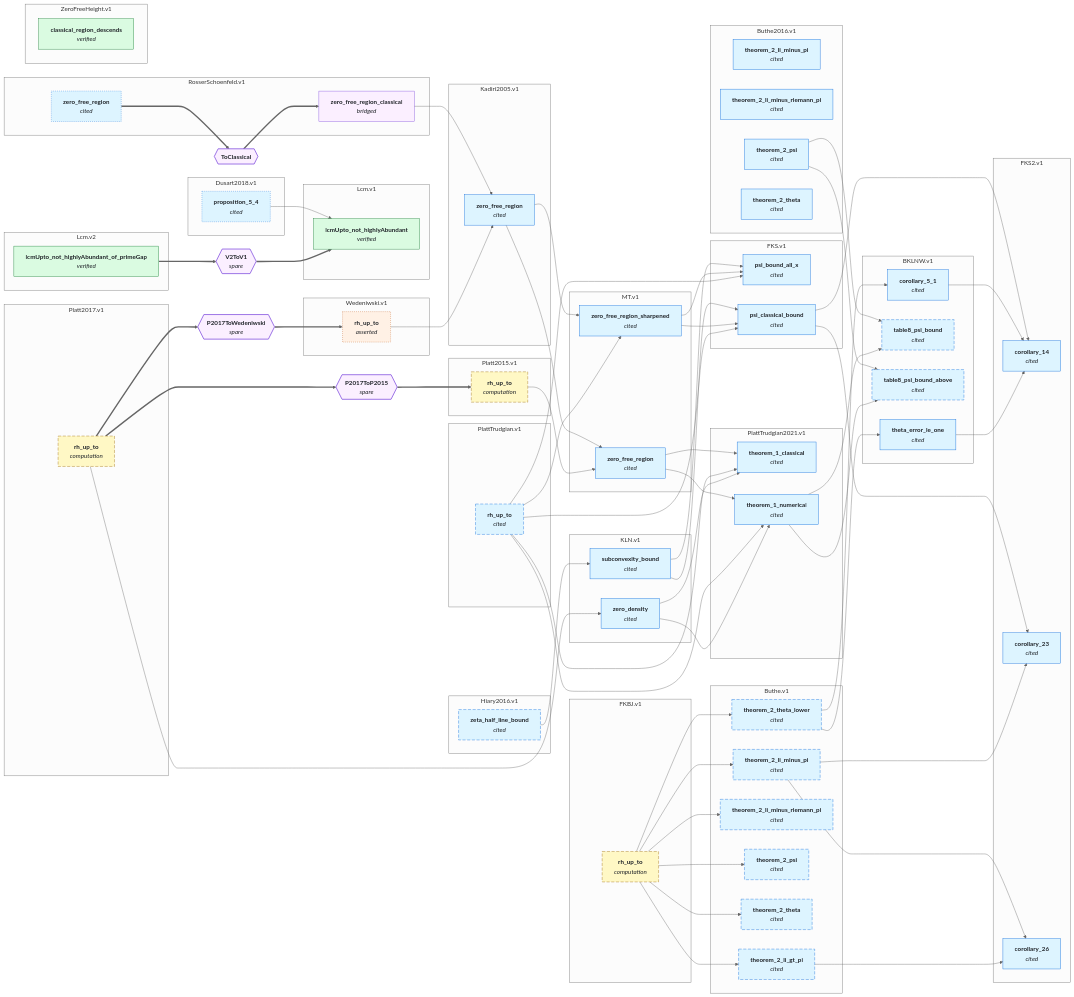
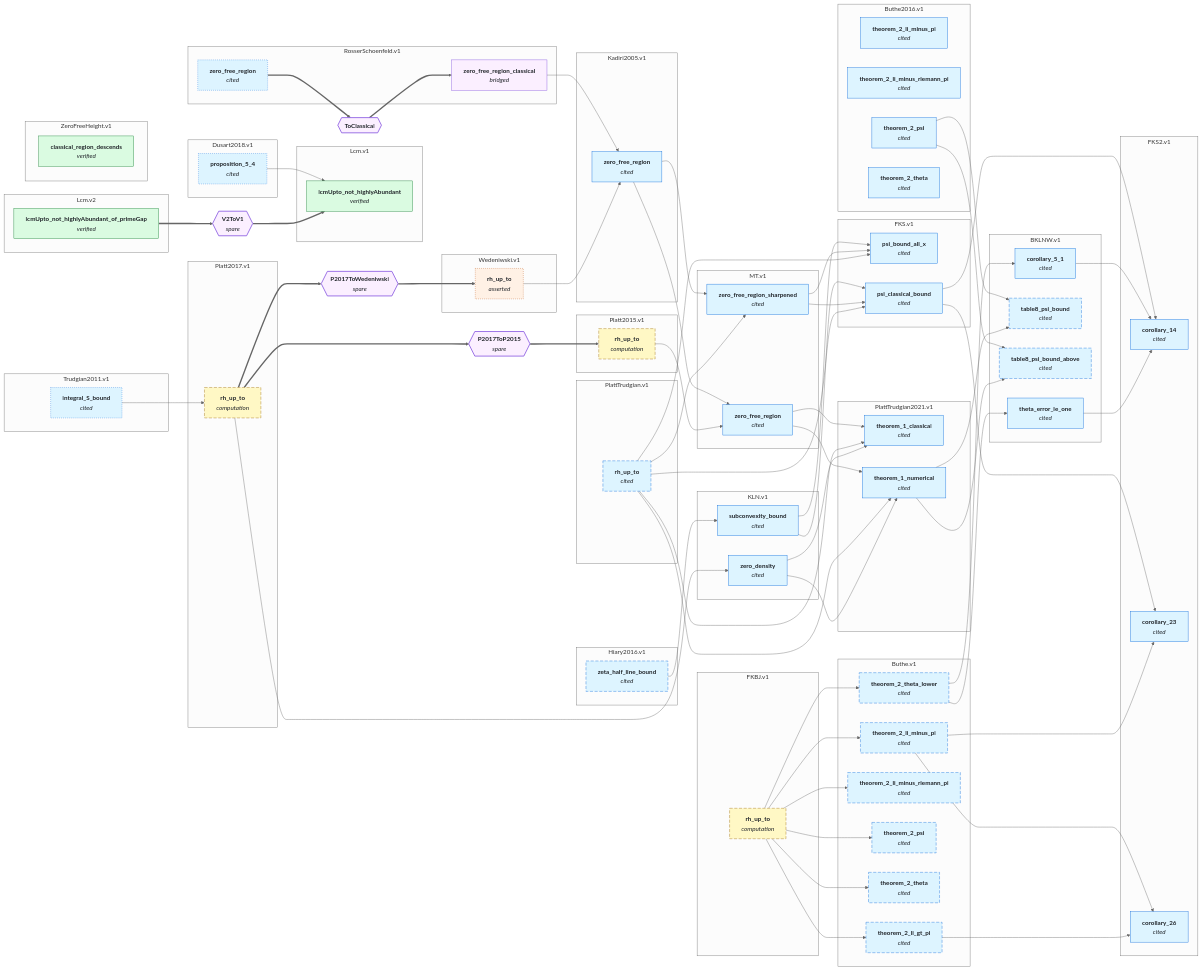
Before and after one commit to teorth/IEANTN: the second of 2 diagrams in GRAPH.md, drawn with Mermaid (neutral theme). The commit also changed other lines of this file and 20 other files, not shown here.

````diff
--- a/GRAPH.md
+++ b/GRAPH.md
@@ -210,6 +215,9 @@
     RosserSchoenfeld_v1_zero_free_region["<b>zero_free_region</b><br/><i>cited</i>"]
     RosserSchoenfeld_v1_zero_free_region_classical["<b>zero_free_region_classical</b><br/><i>bridged</i>"]
   end
+  subgraph sgTrudgian2011_v1["Trudgian2011.v1"]
+    Trudgian2011_v1_integral_S_bound["<b>integral_S_bound</b><br/><i>cited</i>"]
+  end
   subgraph sgWedeniwski_v1["Wedeniwski.v1"]
     Wedeniwski_v1_rh_up_to["<b>rh_up_to</b><br/><i>asserted</i>"]
   end
@@ -250,6 +258,7 @@
   Platt2015_v1_rh_up_to --> MT_v1_zero_free_region
   Kadiri2005_v1_zero_free_region --> MT_v1_zero_free_region_sharpened
   PlattTrudgian_v1_rh_up_to --> MT_v1_zero_free_region_sharpened
+  Trudgian2011_v1_integral_S_bound --> Platt2017_v1_rh_up_to
   MT_v1_zero_free_region --> PlattTrudgian2021_v1_theorem_1_classical
   PlattTrudgian_v1_rh_up_to --> PlattTrudgian2021_v1_theorem_1_classical
   KLN_v1_zero_density --> PlattTrudgian2021_v1_theorem_1_classical
@@ -283,6 +292,7 @@
   style Platt2017_v1_rh_up_to stroke-dasharray: 8 4;
   style PlattTrudgian_v1_rh_up_to stroke-dasharray: 8 4;
   style RosserSchoenfeld_v1_zero_free_region stroke-dasharray: 2 3;
+  style Trudgian2011_v1_integral_S_bound stroke-dasharray: 2 3;
   style Wedeniwski_v1_rh_up_to stroke-dasharray: 2 3;
   classDef lean_comparator fill:#dafbe1,stroke:#1a7f37,color:#1f2328;
   classDef numerical fill:#fff8c5,stroke:#9a6700,color:#1f2328;
@@ -295,7 +305,7 @@
   class Wedeniwski_v1_rh_up_to asserted;
   class RosserSchoenfeld_v1_zero_free_region_classical bridged;
   class Lcm_v1_lcmUpto_not_highlyAbundant,Lcm_v2_lcmUpto_not_highlyAbundant_of_primeGap,ZeroFreeHeight_v1_classical_region_descends lean_comparator;
-  class BKLNW_v1_corollary_5_1,BKLNW_v1_table8_psi_bound,BKLNW_v1_table8_psi_bound_above,BKLNW_v1_theta_error_le_one,Buthe_v1_theorem_2_li_gt_pi,Buthe_v1_theorem_2_li_minus_pi,Buthe_v1_theorem_2_li_minus_riemann_pi,Buthe_v1_theorem_2_psi,Buthe_v1_theorem_2_theta,Buthe_v1_theorem_2_theta_lower,Buthe2016_v1_theorem_2_li_minus_pi,Buthe2016_v1_theorem_2_li_minus_riemann_pi,Buthe2016_v1_theorem_2_psi,Buthe2016_v1_theorem_2_theta,Dusart2018_v1_proposition_5_4,FKS_v1_psi_bound_all_x,FKS_v1_psi_classical_bound,FKS2_v1_corollary_14,FKS2_v1_corollary_23,FKS2_v1_corollary_26,Hiary2016_v1_zeta_half_line_bound,KLN_v1_subconvexity_bound,KLN_v1_zero_density,Kadiri2005_v1_zero_free_region,MT_v1_zero_free_region,MT_v1_zero_free_region_sharpened,PlattTrudgian_v1_rh_up_to,PlattTrudgian2021_v1_theorem_1_classical,PlattTrudgian2021_v1_theorem_1_numerical,RosserSchoenfeld_v1_zero_free_region literature;
+  class BKLNW_v1_corollary_5_1,BKLNW_v1_table8_psi_bound,BKLNW_v1_table8_psi_bound_above,BKLNW_v1_theta_error_le_one,Buthe_v1_theorem_2_li_gt_pi,Buthe_v1_theorem_2_li_minus_pi,Buthe_v1_theorem_2_li_minus_riemann_pi,Buthe_v1_theorem_2_psi,Buthe_v1_theorem_2_theta,Buthe_v1_theorem_2_theta_lower,Buthe2016_v1_theorem_2_li_minus_pi,Buthe2016_v1_theorem_2_li_minus_riemann_pi,Buthe2016_v1_theorem_2_psi,Buthe2016_v1_theorem_2_theta,Dusart2018_v1_proposition_5_4,FKS_v1_psi_bound_all_x,FKS_v1_psi_classical_bound,FKS2_v1_corollary_14,FKS2_v1_corollary_23,FKS2_v1_corollary_26,Hiary2016_v1_zeta_half_line_bound,KLN_v1_subconvexity_bound,KLN_v1_zero_density,Kadiri2005_v1_zero_free_region,MT_v1_zero_free_region,MT_v1_zero_free_region_sharpened,PlattTrudgian_v1_rh_up_to,PlattTrudgian2021_v1_theorem_1_classical,PlattTrudgian2021_v1_theorem_1_numerical,RosserSchoenfeld_v1_zero_free_region,Trudgian2011_v1_integral_S_bound literature;
   class FKBJ_v1_rh_up_to,Platt2015_v1_rh_up_to,Platt2017_v1_rh_up_to numerical;
   click BKLNW_v1_corollary_5_1 href "https://github.com/teorth/IEANTN/blob/main/docs/nodes/BKLNW-v1.md#corollary_5_1" _blank
   click BKLNW_v1_table8_psi_bound href "https://github.com/teorth/IEANTN/blob/main/docs/nodes/BKLNW-v1.md#table8_psi_bound" _blank
@@ -333,6 +343,7 @@
   click PlattTrudgian2021_v1_theorem_1_numerical href "https://github.com/teorth/IEANTN/blob/main/docs/nodes/PlattTrudgian2021-v1.md#theorem_1_numerical" _blank
   click RosserSchoenfeld_v1_zero_free_region href "https://github.com/teorth/IEANTN/blob/main/docs/nodes/RosserSchoenfeld-v1.md#zero_free_region" _blank
   click RosserSchoenfeld_v1_zero_free_region_classical href "https://github.com/teorth/IEANTN/blob/main/docs/nodes/RosserSchoenfeld-v1.md#zero_free_region_classical" _blank
+  click Trudgian2011_v1_integral_S_bound href "https://github.com/teorth/IEANTN/blob/main/docs/nodes/Trudgian2011-v1.md#integral_S_bound" _blank
   click Wedeniwski_v1_rh_up_to href "https://github.com/teorth/IEANTN/blob/main/docs/nodes/Wedeniwski-v1.md#rh_up_to" _blank
   click ZeroFreeHeight_v1_classical_region_descends href "https://github.com/teorth/IEANTN/blob/main/docs/nodes/ZeroFreeHeight-v1.md#classical_region_descends" _blank
 ```
````
